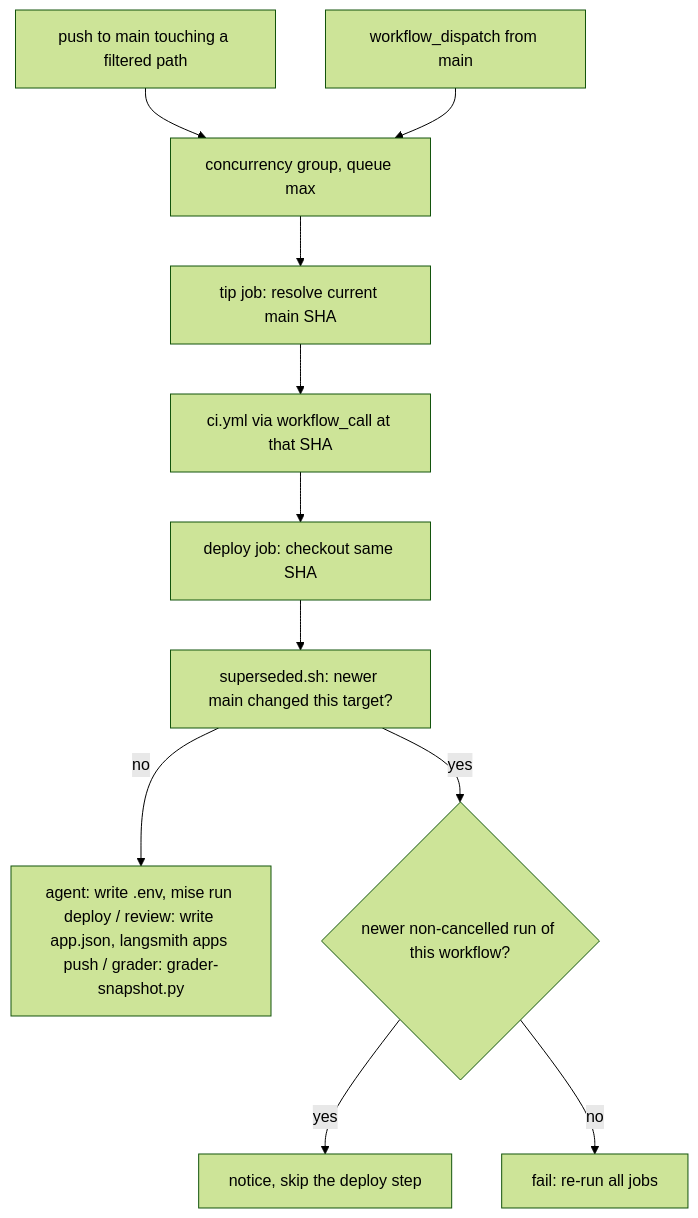
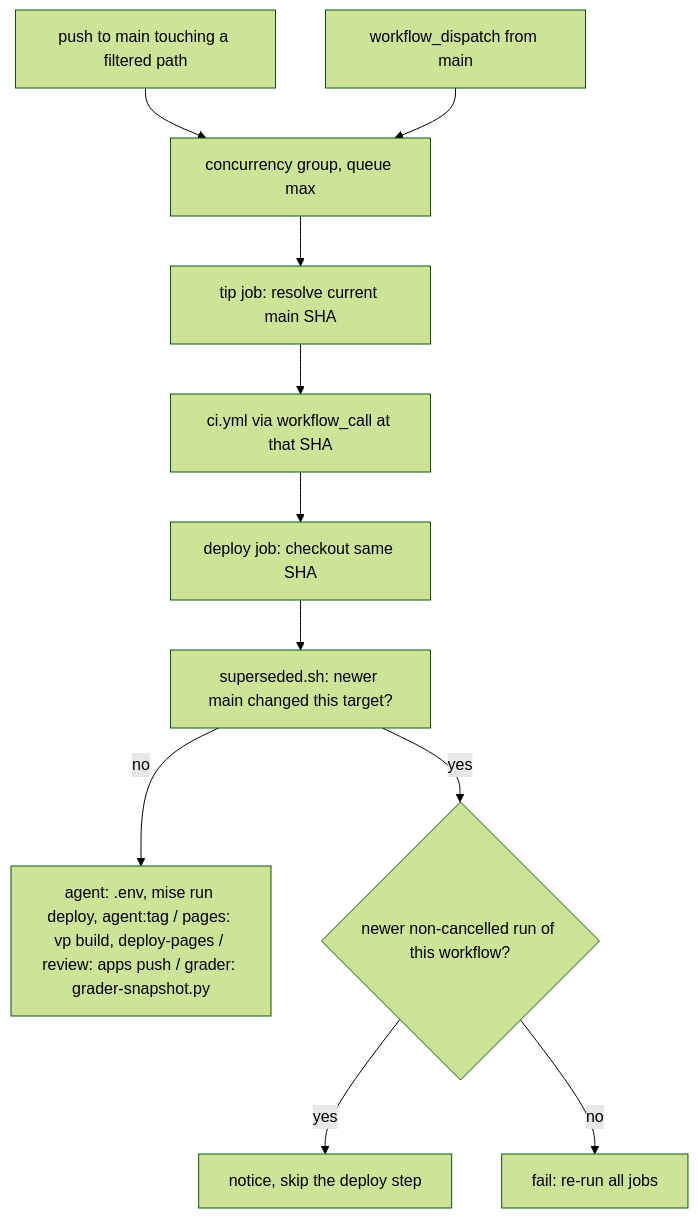
One commit to darieldatoon/langchain-chess changed the diagram in openwiki/operations/deployment.md. Above: the diagram before and after it, drawn with Mermaid (forest theme). The commit also changed other lines of this file and 48 other files, not shown here.

````diff
--- a/openwiki/operations/deployment.md
+++ b/openwiki/operations/deployment.md
@@ -123,13 +138,13 @@
 ```mermaid
 flowchart TD
   Push["push to main touching a filtered path"] --> Lock["concurrency group, queue max"]
   Dispatch["workflow_dispatch from main"] --> Lock
   Lock --> Tip["tip job: resolve current main SHA"]
   Tip --> CI["ci.yml via workflow_call at that SHA"]
   CI --> Deploy["deploy job: checkout same SHA"]
   Deploy --> Check["superseded.sh: newer main changed this target?"]
-  Check -->|"no"| Ship["agent: write .env, mise run deploy / review: write app.json, langsmith apps push / grader: grader-snapshot.py"]
+  Check -->|"no"| Ship["agent: .env, mise run deploy, agent:tag / pages: vp build, deploy-pages / review: apps push / grader: grader-snapshot.py"]
   Check -->|"yes"| Newer{"newer non-cancelled run of this workflow?"}
   Newer -->|"yes"| Skip["notice, skip the deploy step"]
   Newer -->|"no"| Fail["fail: re-run all jobs"]
 ```
````
